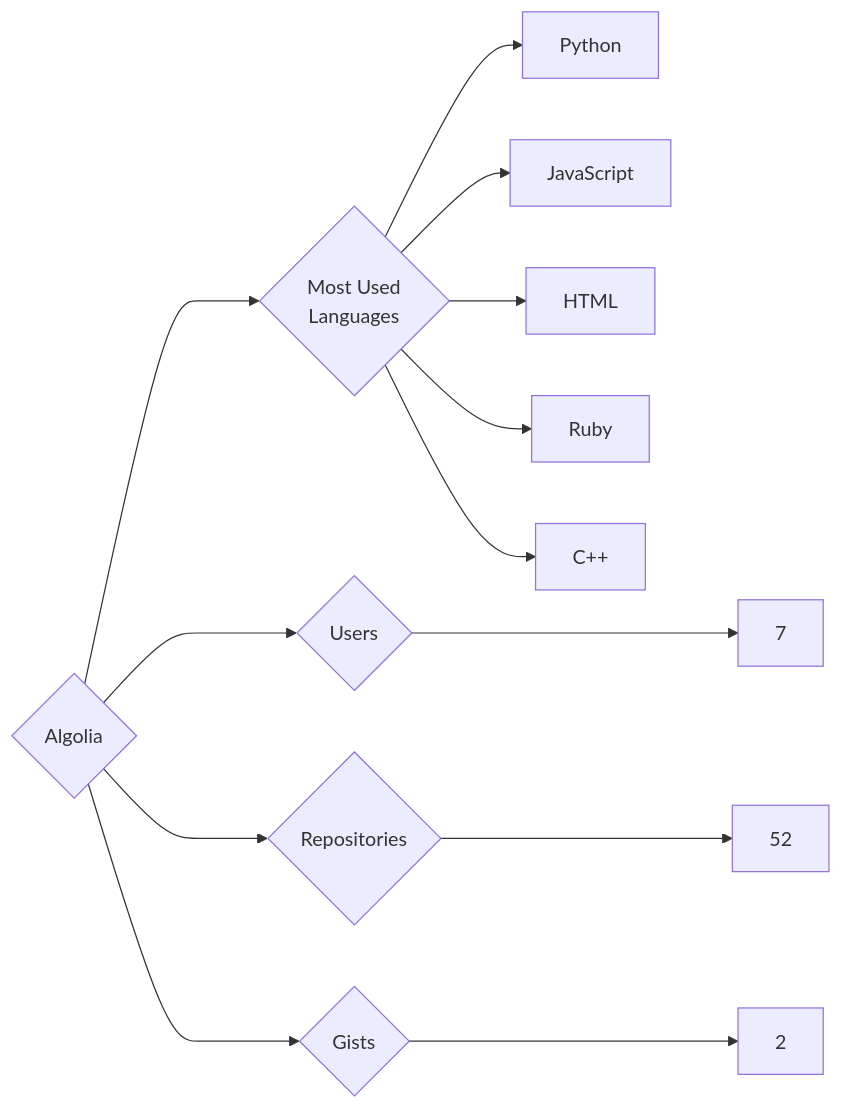
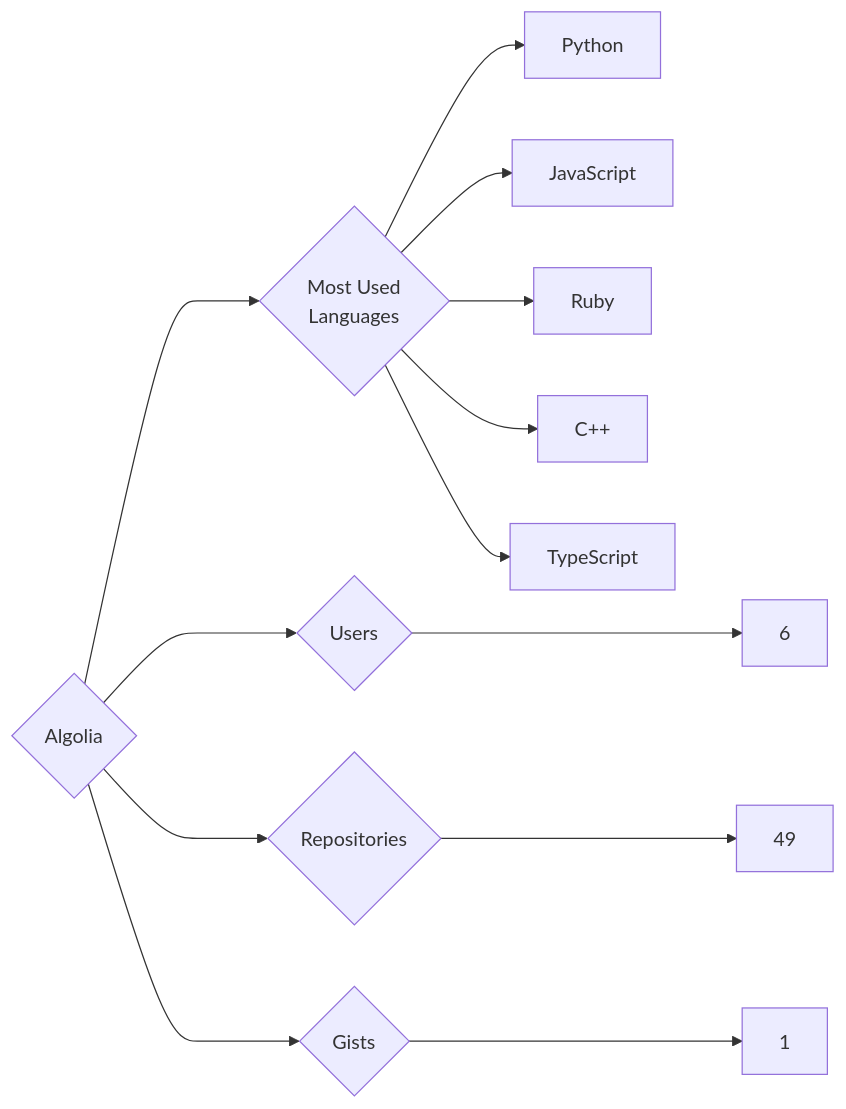
One commit to trickest/insiders changed the diagram in targets/Algolia/README.md. Above: the diagram before and after it, drawn with Mermaid. The commit also changed 1055 other files, not shown here.

````diff
--- a/targets/Algolia/README.md
+++ b/targets/Algolia/README.md
@@ -3,13 +3,13 @@
 ```mermaid
 graph LR
 COMPANY_NAME{Algolia}
-COMPANY_NAME ---> U{Users} ---> UN[7]
-COMPANY_NAME ---> R{Repositories} ---> RN[52]
-COMPANY_NAME ---> G{Gists} ---> GN[2]
+COMPANY_NAME ---> U{Users} ---> UN[6]
+COMPANY_NAME ---> R{Repositories} ---> RN[49]
+COMPANY_NAME ---> G{Gists} ---> GN[1]
 COMPANY_NAME ---> ML{Most Used<br>Languages}
 ML --> Python[Python]
 ML --> JavaScript[JavaScript]
-ML --> HTML[HTML]
 ML --> Ruby[Ruby]
 ML --> C++[C++]
+ML --> TypeScript[TypeScript]
 ```
````
